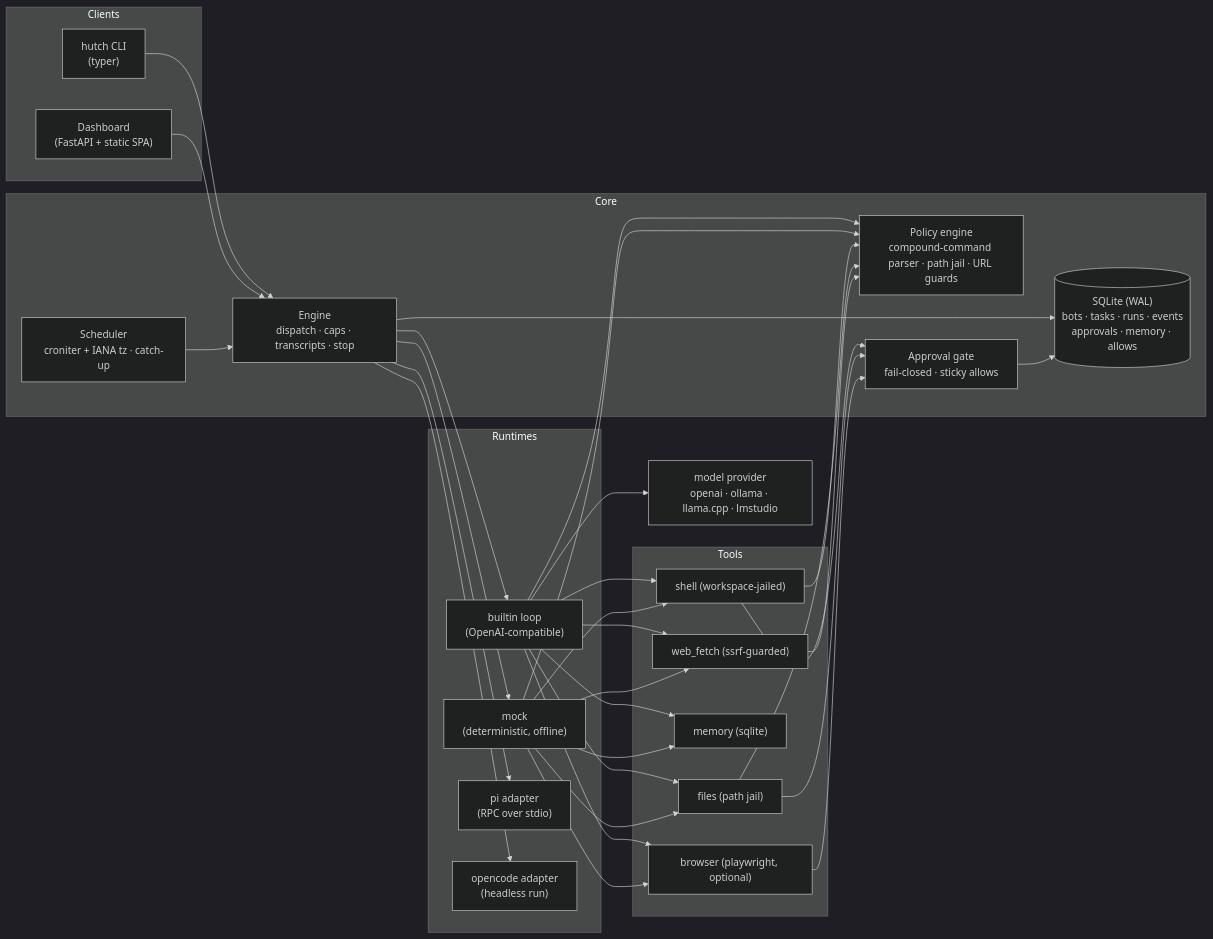
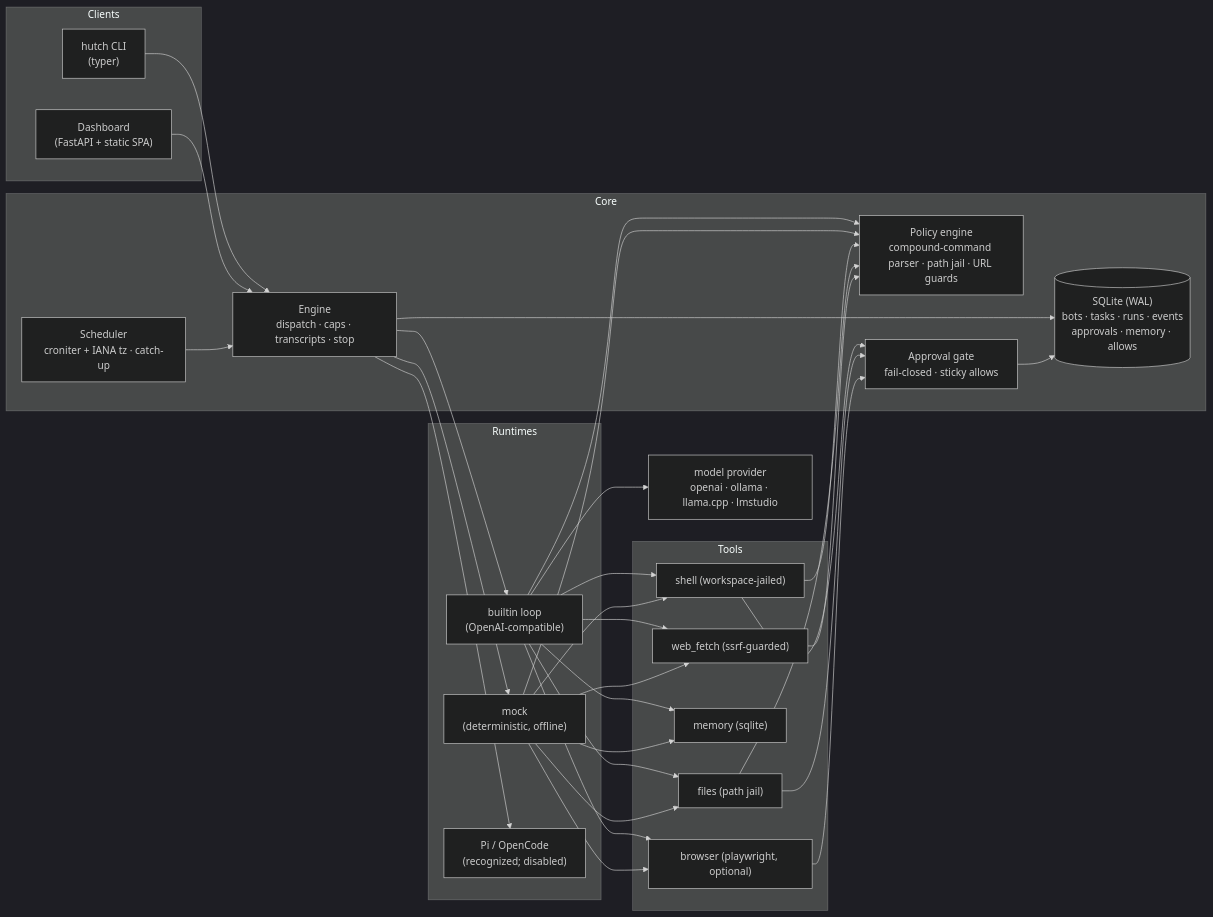
One commit to K-Arthur/hutch changed the diagram in docs/architecture.md. Above: the diagram before and after it, drawn with Mermaid (dark theme). The commit also changed other lines of this file and 26 other files, not shown here.

````diff
--- a/docs/architecture.md
+++ b/docs/architecture.md
@@ -9,42 +9,41 @@
 ```mermaid
 flowchart LR
   subgraph Clients
     CLI["hutch CLI<br/>(typer)"]
     UI["Dashboard<br/>(FastAPI + static SPA)"]
   end
 
   subgraph Core
     ENG["Engine<br/>dispatch · caps · transcripts · stop"]
     SCH["Scheduler<br/>croniter + IANA tz · catch-up"]
     SCHED_STORE[("SQLite (WAL)<br/>bots · tasks · runs · events<br/>approvals · memory · allows")]
     POL["Policy engine<br/>compound-command parser · path jail · URL guards"]
     GATE["Approval gate<br/>fail-closed · sticky allows"]
   end
 
   subgraph Runtimes
     BUILTIN["builtin loop<br/>(OpenAI-compatible)"]
     MOCK["mock<br/>(deterministic, offline)"]
-    PI["pi adapter<br/>(RPC over stdio)"]
-    OC["opencode adapter<br/>(headless run)"]
+    EXT["Pi / OpenCode<br/>(recognized; disabled)"]
   end
 
   subgraph Tools
     SH["shell (workspace-jailed)"]
     FI["files (path jail)"]
     ME["memory (sqlite)"]
     WF["web_fetch (ssrf-guarded)"]
     BR["browser (playwright, optional)"]
   end
 
   CLI --> ENG
   UI --> ENG
   SCH --> ENG
   ENG --> SCHED_STORE
-  ENG --> BUILTIN & MOCK & PI & OC
+  ENG --> BUILTIN & MOCK & EXT
   BUILTIN & MOCK --> POL
   BUILTIN & MOCK --> SH & FI & ME & WF & BR
   SH & FI & WF --> POL
   SH & FI & BR --> GATE
   GATE --> SCHED_STORE
   BUILTIN --> LLM["model provider<br/>openai · ollama · llama.cpp · lmstudio"]
 ```
````
